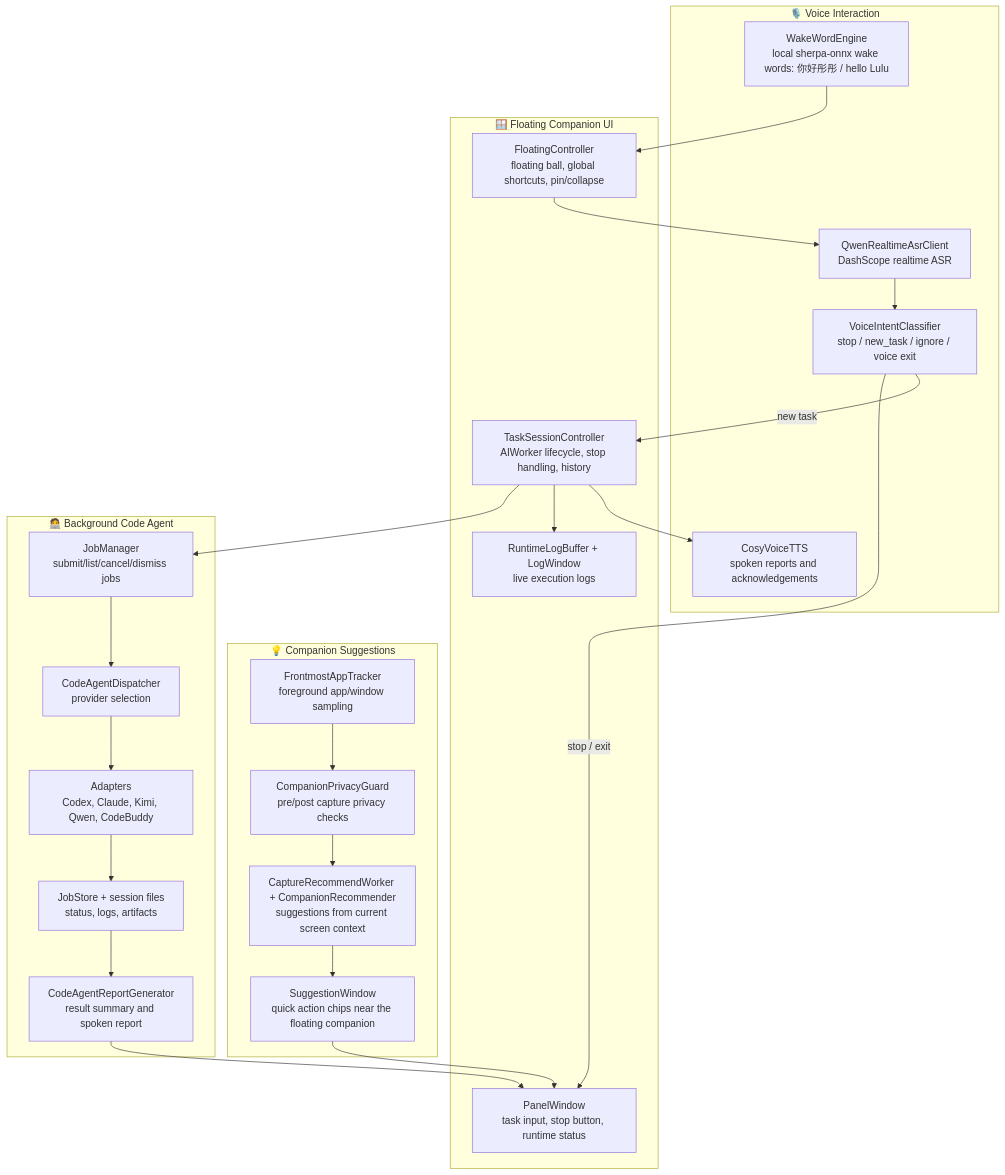
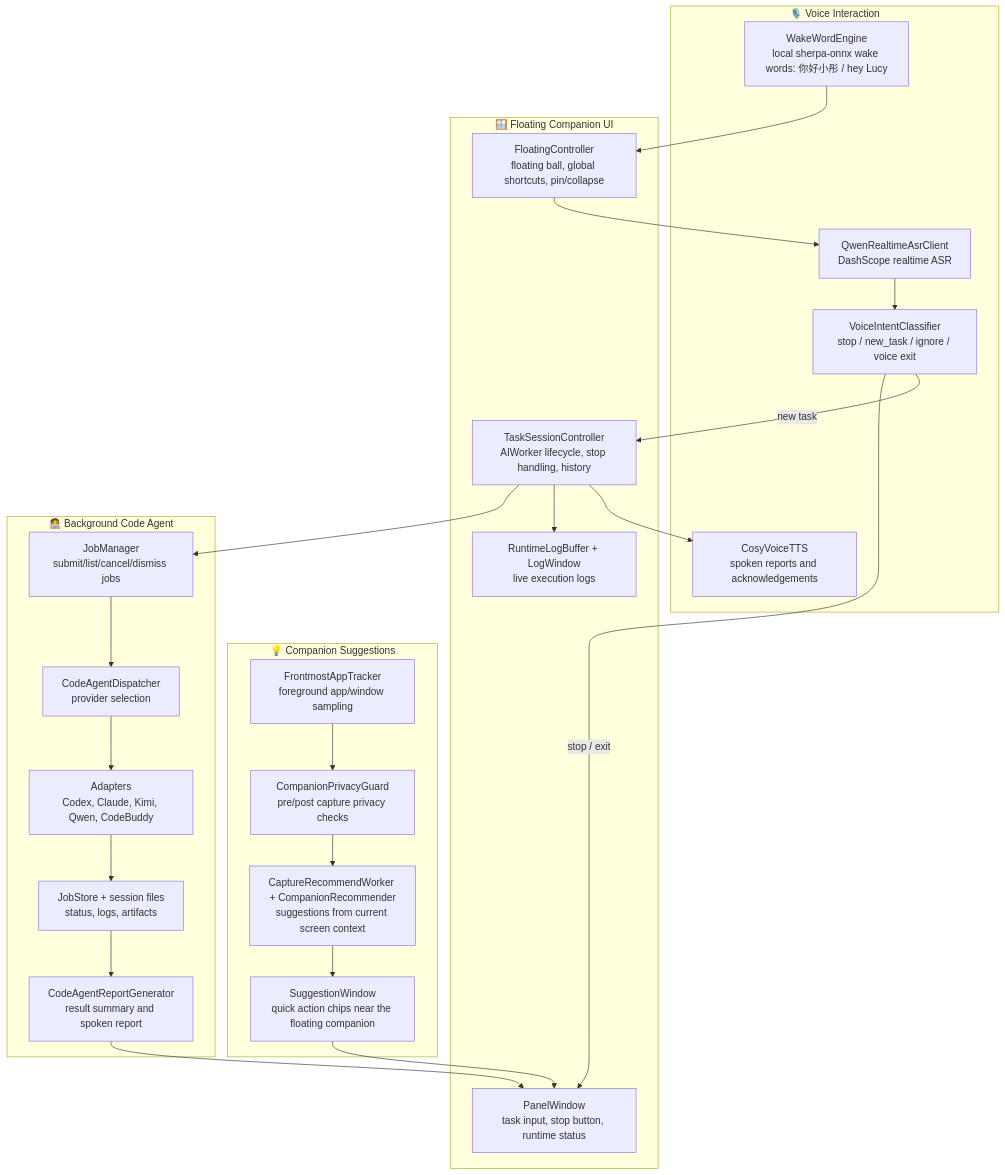
Before and after one commit to mini-yifan/CoView: the second of 3 diagrams in docs/COVIEW_FLOW.md, drawn with Mermaid. The commit also changed 13 other files, not shown here.

Commit message:
chore: update default wake words

````diff
--- a/docs/COVIEW_FLOW.md
+++ b/docs/COVIEW_FLOW.md
@@ -77,51 +77,51 @@
 ```mermaid
 flowchart TD
     subgraph Voice["🎙️ Voice Interaction"]
-        WAKE["WakeWordEngine<br/>local sherpa-onnx wake words: 你好彤彤 / hello Lulu"]
+        WAKE["WakeWordEngine<br/>local sherpa-onnx wake words: 你好小彤 / hey Lucy"]
         ASR["QwenRealtimeAsrClient<br/>DashScope realtime ASR"]
         INTENT["VoiceIntentClassifier<br/>stop / new_task / ignore / voice exit"]
         TTS["CosyVoiceTTS<br/>spoken reports and acknowledgements"]
     end
 
     subgraph Floating["🪟 Floating Companion UI"]
         BALL["FloatingController<br/>floating ball, global shortcuts, pin/collapse"]
         PANEL["PanelWindow<br/>task input, stop button, runtime status"]
         SESSION["TaskSessionController<br/>AIWorker lifecycle, stop handling, history"]
         LOGS["RuntimeLogBuffer + LogWindow<br/>live execution logs"]
     end
 
     subgraph Companion["💡 Companion Suggestions"]
         FRONT["FrontmostAppTracker<br/>foreground app/window sampling"]
         PRIVACY["CompanionPrivacyGuard<br/>pre/post capture privacy checks"]
         RECOMMENDER["CaptureRecommendWorker + CompanionRecommender<br/>suggestions from current screen context"]
         SUGGESTION["SuggestionWindow<br/>quick action chips near the floating companion"]
     end
 
     subgraph CodeAgent["🧑‍💻 Background Code Agent"]
         JOBS["JobManager<br/>submit/list/cancel/dismiss jobs"]
         DISPATCH["CodeAgentDispatcher<br/>provider selection"]
         PROVIDERS["Adapters<br/>Codex, Claude, Kimi, Qwen, CodeBuddy"]
         REPORTER["CodeAgentReportGenerator<br/>result summary and spoken report"]
         STORE["JobStore + session files<br/>status, logs, artifacts"]
     end
 
     WAKE --> BALL
     BALL --> ASR
     ASR --> INTENT
     INTENT -->|new task| SESSION
     INTENT -->|stop / exit| PANEL
     SESSION --> TTS
     SESSION --> LOGS
 
     FRONT --> PRIVACY
     PRIVACY --> RECOMMENDER
     RECOMMENDER --> SUGGESTION
     SUGGESTION --> PANEL
 
     SESSION --> JOBS
     JOBS --> DISPATCH
     DISPATCH --> PROVIDERS
     PROVIDERS --> STORE
     STORE --> REPORTER
     REPORTER --> PANEL
 ```
````
